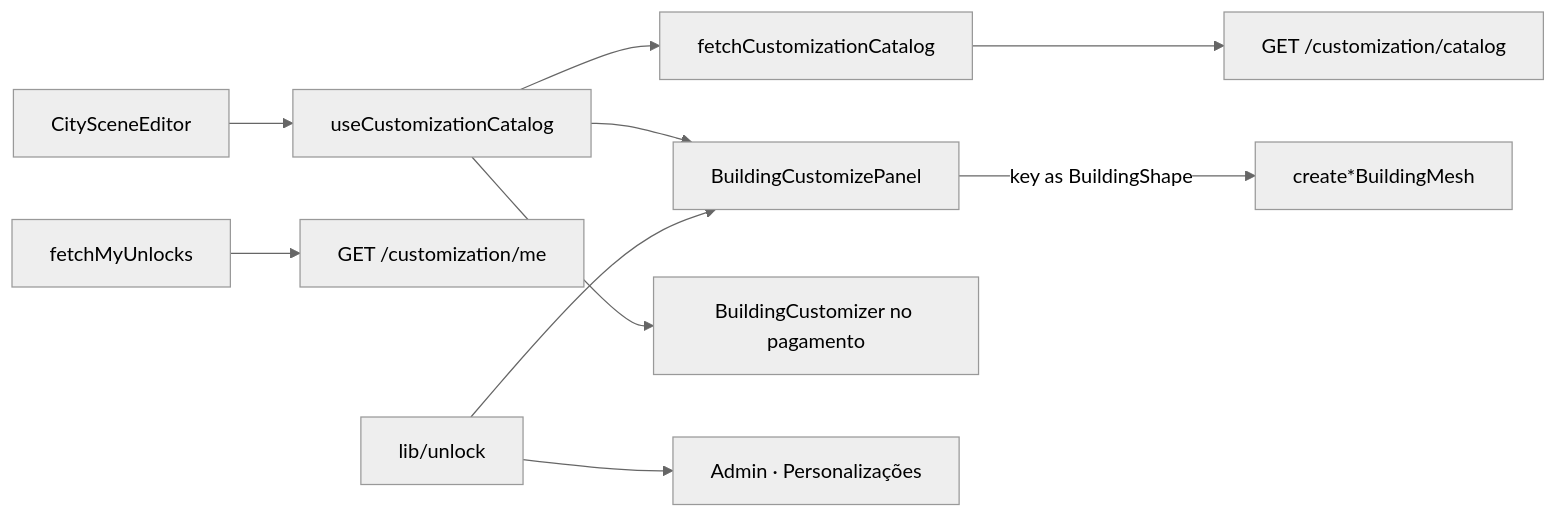
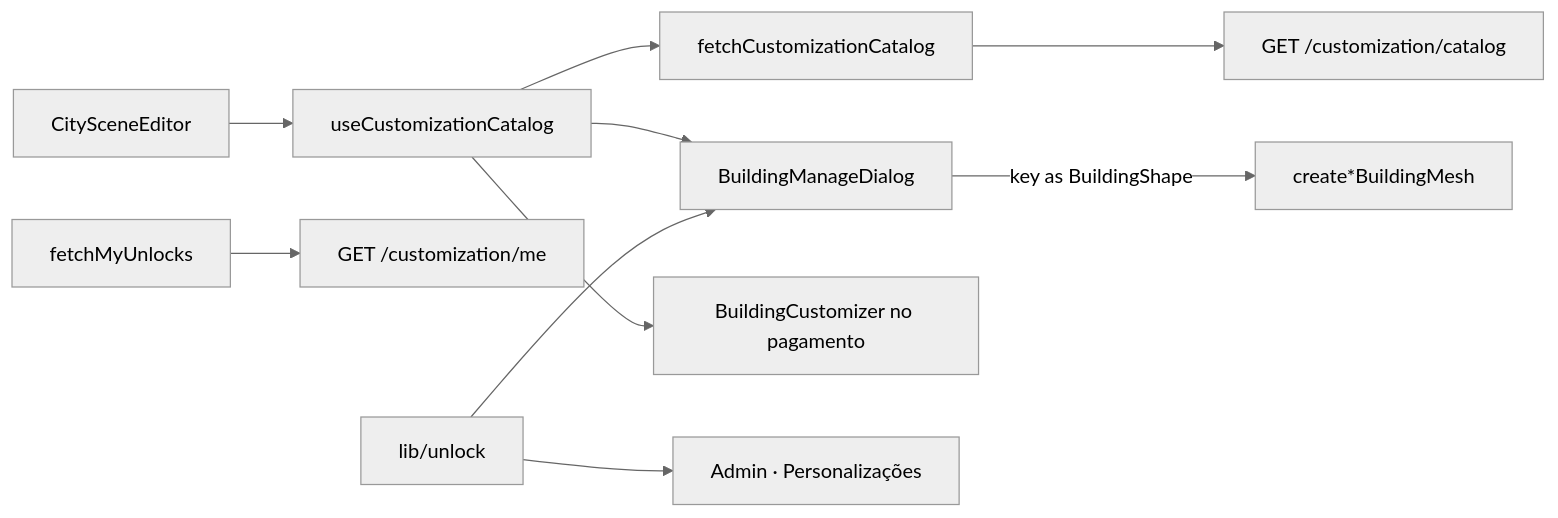
One commit to RaeII/cidoa changed the diagram in doc/api/customization-api.md. Above: the diagram before and after it, drawn with Mermaid (neutral theme). The commit also changed other lines of this file and 28 other files, not shown here.

````diff
--- a/doc/api/customization-api.md
+++ b/doc/api/customization-api.md
@@ -77,12 +77,12 @@
 ```mermaid
 flowchart LR
   Editor[CitySceneEditor] --> Hook[useCustomizationCatalog]
   Hook --> API[fetchCustomizationCatalog]
   API --> BE[GET /customization/catalog]
-  Hook --> Panel[BuildingCustomizePanel]
+  Hook --> Panel[BuildingManageDialog]
   Hook --> Modal[BuildingCustomizer no pagamento]
   Panel --> |key as BuildingShape| Builders[create*BuildingMesh]
   Me[fetchMyUnlocks] --> BEME[GET /customization/me]
   Fmt[lib/unlock] --> Panel
   Fmt --> Admin[Admin · Personalizações]
 ```
````
